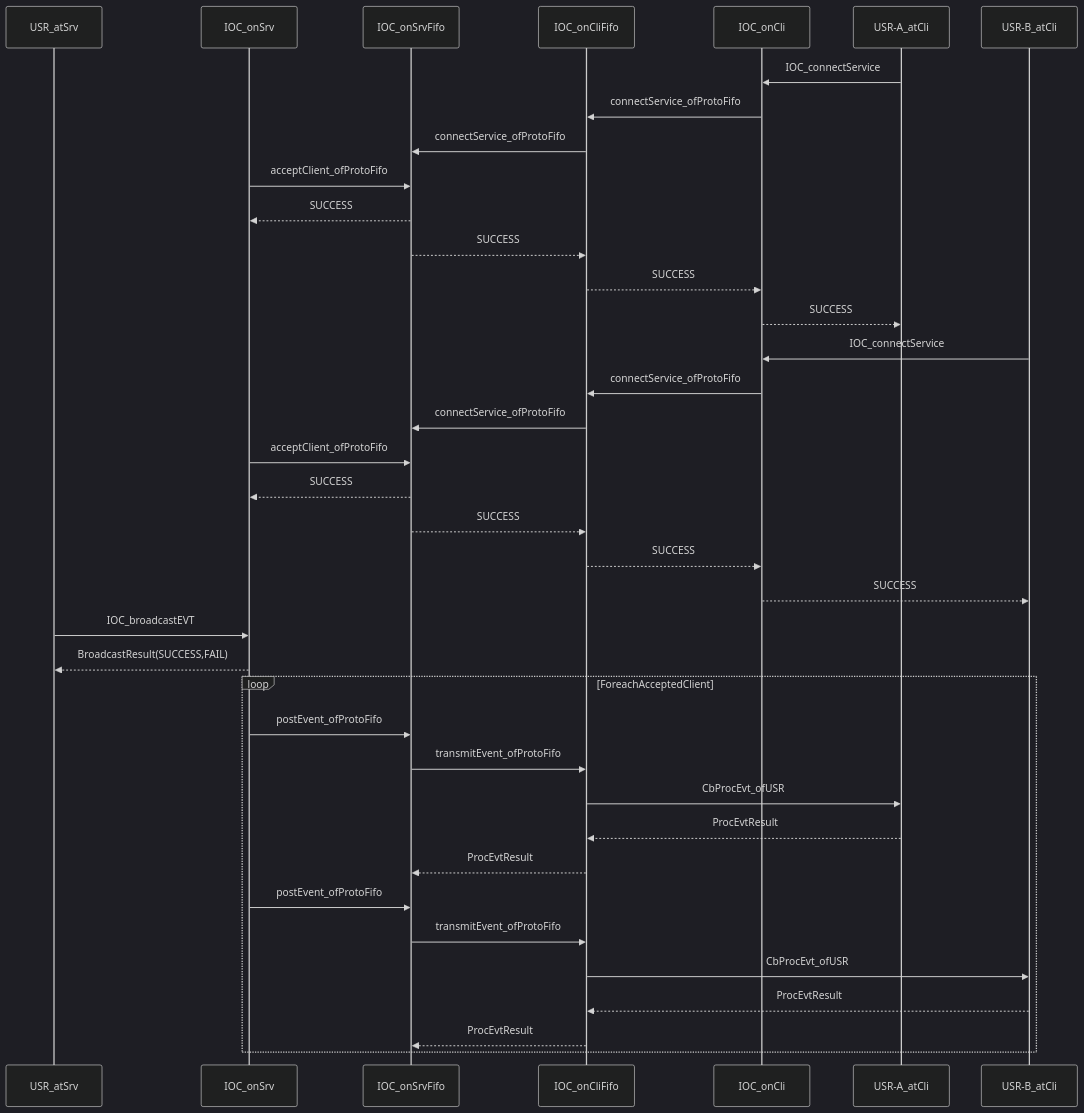
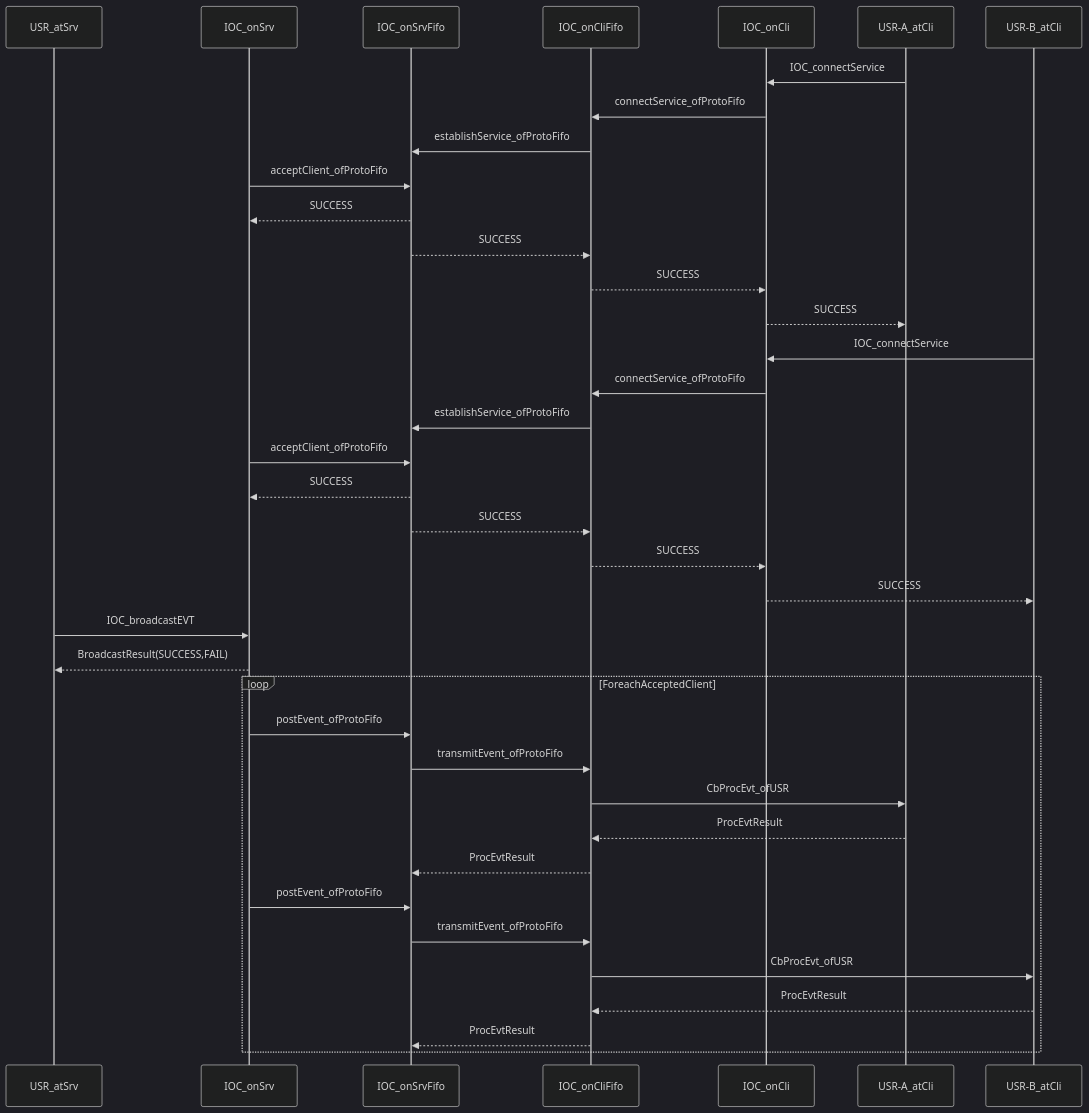
Before and after one commit to EnigmaWU/MyIOC_inTDD_withGHC: the fourth of 4 diagrams in Source/_IOC_SrvProtoFifo.md, drawn with Mermaid (dark theme). The commit also changed other lines of this file, not shown here.

Commit message:
更新_FIFO协议文档，修改连接服务的描述为建立服务，增强时序图的准确性

````diff
--- a/Source/_IOC_SrvProtoFifo.md
+++ b/Source/_IOC_SrvProtoFifo.md
@@ -88,50 +88,50 @@
 ```mermaid
 sequenceDiagram
     participant USR_atSrv 
     participant IOC_onSrv
     participant IOC_onSrvFifo 
     participant IOC_onCliFifo
     participant IOC_onCli
     participant USR-A_atCli
     participant USR-B_atCli
     ###=> MORE: participant USR-C_atCli
 
     USR-A_atCli->>IOC_onCli: IOC_connectService
     IOC_onCli->>IOC_onCliFifo: connectService_ofProtoFifo
-    IOC_onCliFifo->>IOC_onSrvFifo: connectService_ofProtoFifo
+    IOC_onCliFifo->>IOC_onSrvFifo: establishService_ofProtoFifo
     IOC_onSrv->>IOC_onSrvFifo: acceptClient_ofProtoFifo
     IOC_onSrvFifo-->>IOC_onSrv: SUCCESS
     IOC_onSrvFifo-->>IOC_onCliFifo: SUCCESS
     IOC_onCliFifo-->>IOC_onCli: SUCCESS
     IOC_onCli-->>USR-A_atCli: SUCCESS
 
     USR-B_atCli->>IOC_onCli: IOC_connectService
     IOC_onCli->>IOC_onCliFifo: connectService_ofProtoFifo
-    IOC_onCliFifo->>IOC_onSrvFifo: connectService_ofProtoFifo
+    IOC_onCliFifo->>IOC_onSrvFifo: establishService_ofProtoFifo
     IOC_onSrv->>IOC_onSrvFifo: acceptClient_ofProtoFifo
     IOC_onSrvFifo-->>IOC_onSrv: SUCCESS
     IOC_onSrvFifo-->>IOC_onCliFifo: SUCCESS
     IOC_onCliFifo-->>IOC_onCli: SUCCESS
     IOC_onCli-->>USR-B_atCli: SUCCESS
 
     ###=> MORE: USR-A/-B subEVT(+CbProcEvt_ofUSR)
 
     USR_atSrv->>IOC_onSrv: IOC_broadcastEVT
     IOC_onSrv-->>USR_atSrv: BroadcastResult(SUCCESS,FAIL)
 
     ###=> FOREACH/LOOP USR-A/-B: IOC_onSrv->>IOC_onSrvFifo: postEvent_ofProtoFifo
     loop ForeachAcceptedClient
         IOC_onSrv->>IOC_onSrvFifo: postEvent_ofProtoFifo
         IOC_onSrvFifo->>IOC_onCliFifo: transmitEvent_ofProtoFifo
         IOC_onCliFifo->>USR-A_atCli: CbProcEvt_ofUSR
         USR-A_atCli-->>IOC_onCliFifo: ProcEvtResult
         IOC_onCliFifo-->>IOC_onSrvFifo: ProcEvtResult
 
         IOC_onSrv->>IOC_onSrvFifo: postEvent_ofProtoFifo
         IOC_onSrvFifo->>IOC_onCliFifo: transmitEvent_ofProtoFifo
         IOC_onCliFifo->>USR-B_atCli: CbProcEvt_ofUSR
         USR-B_atCli-->>IOC_onCliFifo: ProcEvtResult
         IOC_onCliFifo-->>IOC_onSrvFifo: ProcEvtResult
     end
     
 ```
````
